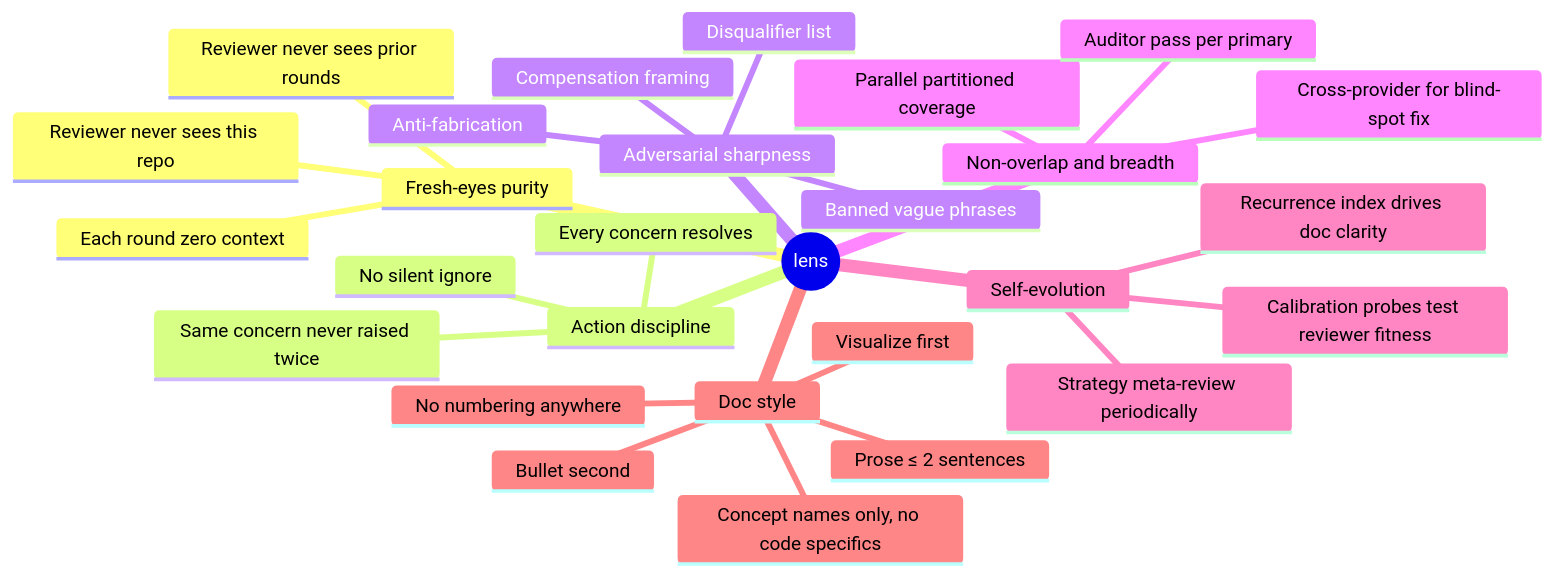
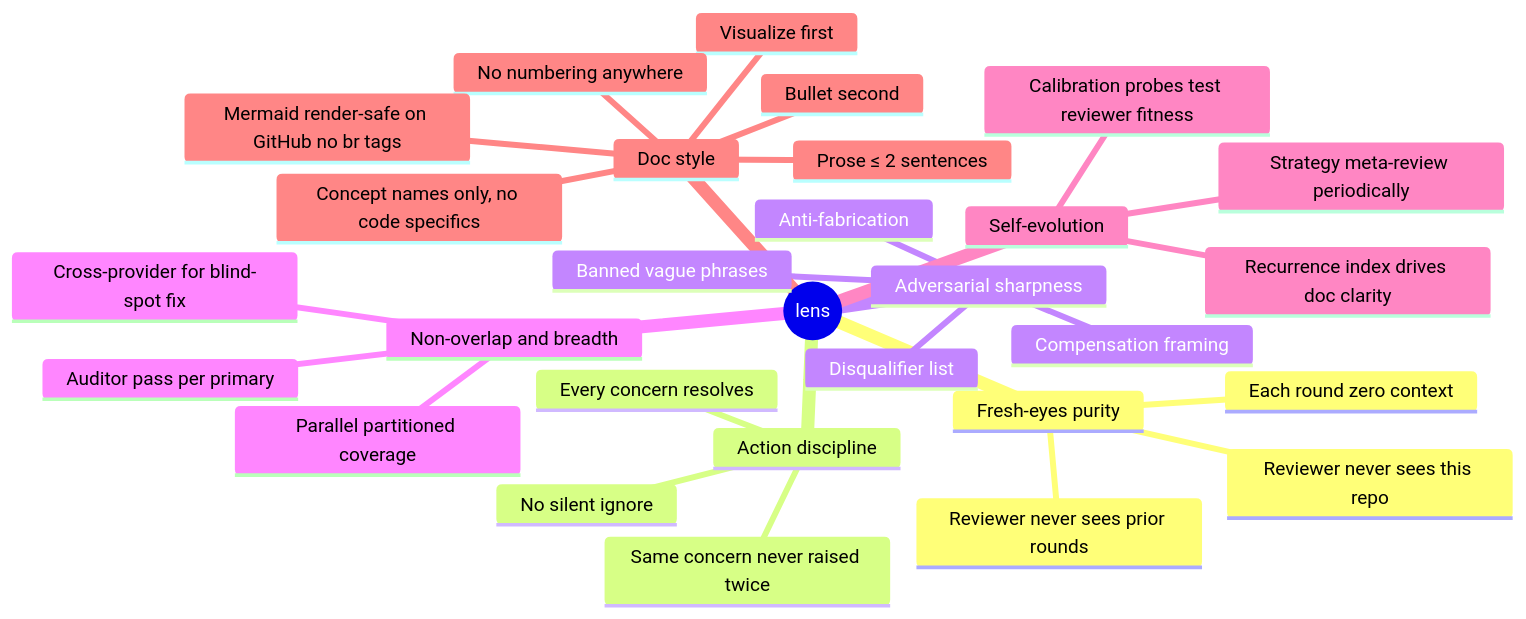
Before and after one commit to 1qh/lens: the first of 2 diagrams in PHILOSOPHY.md, drawn with Mermaid. The commit also changed 4 other files, not shown here.

Commit message:
fix mermaid: drop br tags, breaks GitHub renderer

````diff
--- a/PHILOSOPHY.md
+++ b/PHILOSOPHY.md
@@ -7,31 +7,32 @@
 ```mermaid
 mindmap
   root((lens))
     Fresh-eyes purity
       Each round zero context
       Reviewer never sees prior rounds
       Reviewer never sees this repo
     Action discipline
       Every concern resolves
       No silent ignore
       Same concern never raised twice
     Adversarial sharpness
       Compensation framing
       Disqualifier list
       Banned vague phrases
       Anti-fabrication
     Non-overlap and breadth
       Parallel partitioned coverage
       Auditor pass per primary
       Cross-provider for blind-spot fix
     Self-evolution
       Strategy meta-review periodically
       Recurrence index drives doc clarity
       Calibration probes test reviewer fitness
     Doc style
       Visualize first
       Bullet second
       Prose ≤ 2 sentences
       Concept names only, no code specifics
       No numbering anywhere
+      Mermaid render-safe on GitHub no br tags
 ```
````
